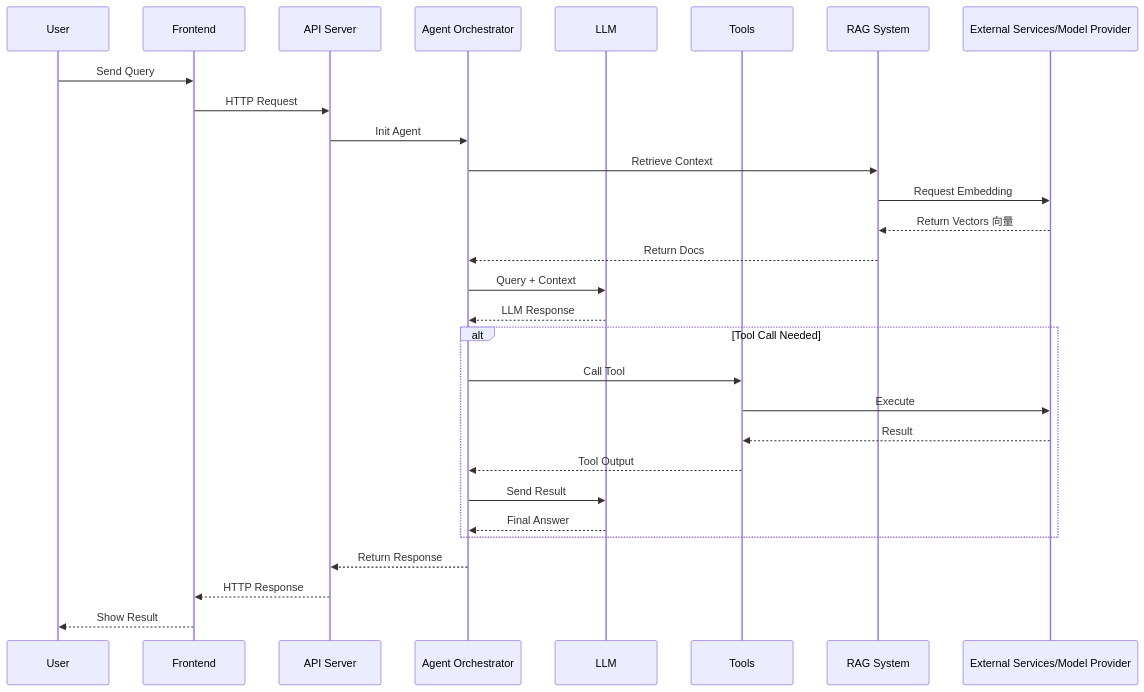
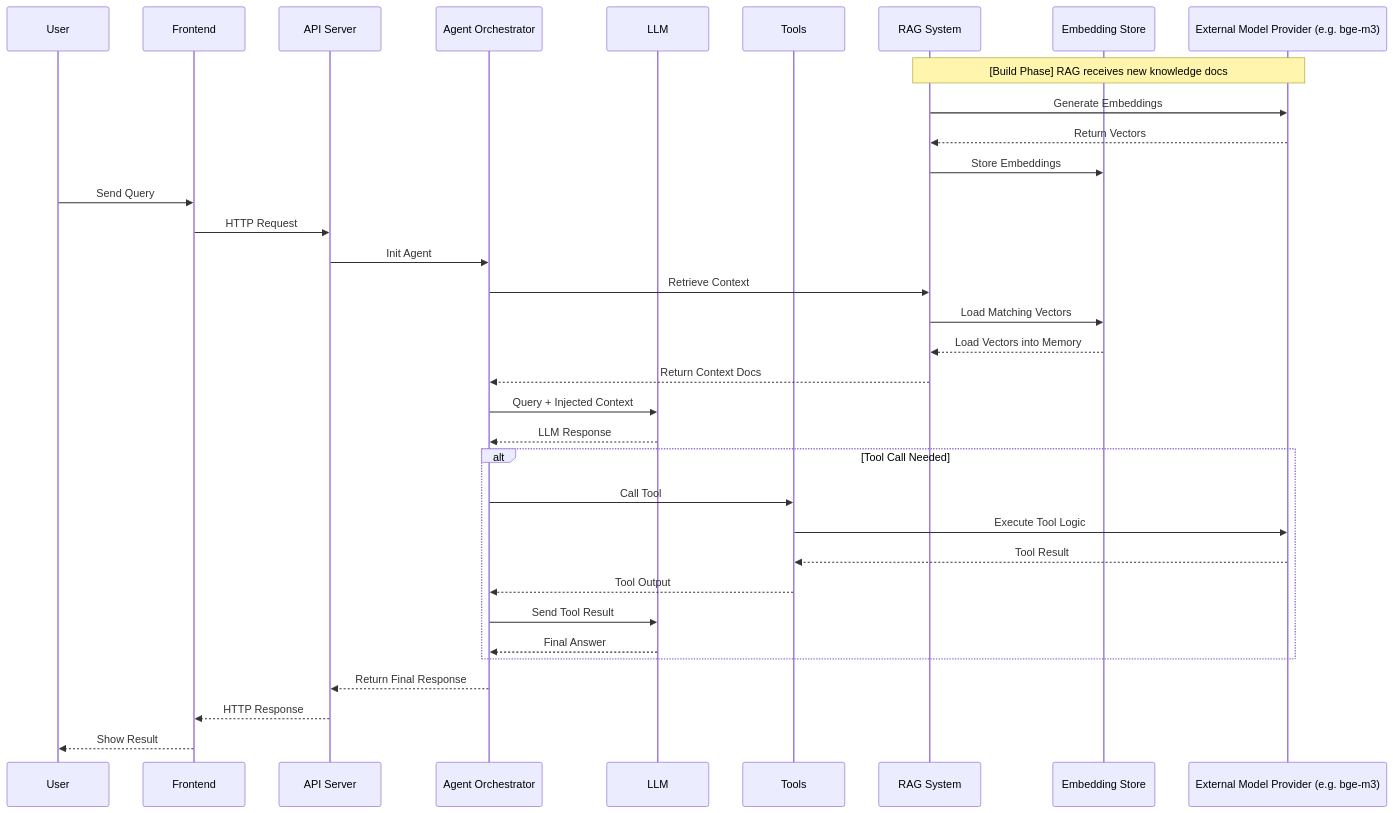
The fifth of 6 diagrams in README.md (NEDONION/llm-mcp-rag-typescript), drawn with Mermaid before and after one commit. The commit also changed other lines of this file, not shown here.

Commit message:
doc: updated system graph

````diff
--- a/README.md
+++ b/README.md
@@ -233,34 +258,43 @@
 ```mermaid
 sequenceDiagram
-    participant User as User
-    participant UI as Frontend
-    participant API as API Server
-    participant Agent as Agent Orchestrator
-    participant LLM as LLM
-    participant MCP as Tools
-    participant RAG as RAG System
-    participant External as External Services/Model Provider
-    User ->> UI: Send Query
-    UI ->> API: HTTP Request
-    API ->> Agent: Init Agent
-    Agent ->> RAG: Retrieve Context
-    RAG ->> External: Request Embedding
-    External -->> RAG: Return Vectors 向量
-    RAG -->> Agent: Return Docs
-    Agent ->> LLM: Query + Context
-    LLM -->> Agent: LLM Response
+  participant User as User
+  participant UI as Frontend
+  participant API as API Server
+  participant Agent as Agent Orchestrator
+  participant LLM as LLM
+  participant MCP as Tools
+  participant RAG as RAG System
+  participant EmbeddingDB as Embedding Store
+  participant External as External Model Provider (e.g. bge-m3)
 
-    alt Tool Call Needed
-        Agent ->> MCP: Call Tool
-        MCP ->> External: Execute
-        External -->> MCP: Result
-        MCP -->> Agent: Tool Output
-        Agent ->> LLM: Send Result
-        LLM -->> Agent: Final Answer
-    end
+%% === Embedding Preparation Phase (outside runtime) ===
+  Note over RAG, External: [Build Phase] RAG receives new knowledge docs
+  RAG ->> External: Generate Embeddings
+  External -->> RAG: Return Vectors
+  RAG ->> EmbeddingDB: Store Embeddings
 
-    Agent -->> API: Return Response
-    API -->> UI: HTTP Response
-    UI -->> User: Show Result
+%% === Runtime Query Flow ===
+  User ->> UI: Send Query
+  UI ->> API: HTTP Request
+  API ->> Agent: Init Agent
+  Agent ->> RAG: Retrieve Context
+  RAG ->> EmbeddingDB: Load Matching Vectors
+  EmbeddingDB -->> RAG: Load Vectors into Memory
+  RAG -->> Agent: Return Context Docs
 
+  Agent ->> LLM: Query + Injected Context
+  LLM -->> Agent: LLM Response
+
+  alt Tool Call Needed
+    Agent ->> MCP: Call Tool
+    MCP ->> External: Execute Tool Logic
+    External -->> MCP: Tool Result
+    MCP -->> Agent: Tool Output
+    Agent ->> LLM: Send Tool Result
+    LLM -->> Agent: Final Answer
+  end
+
+  Agent -->> API: Return Final Response
+  API -->> UI: HTTP Response
+  UI -->> User: Show Result
 ```
````
